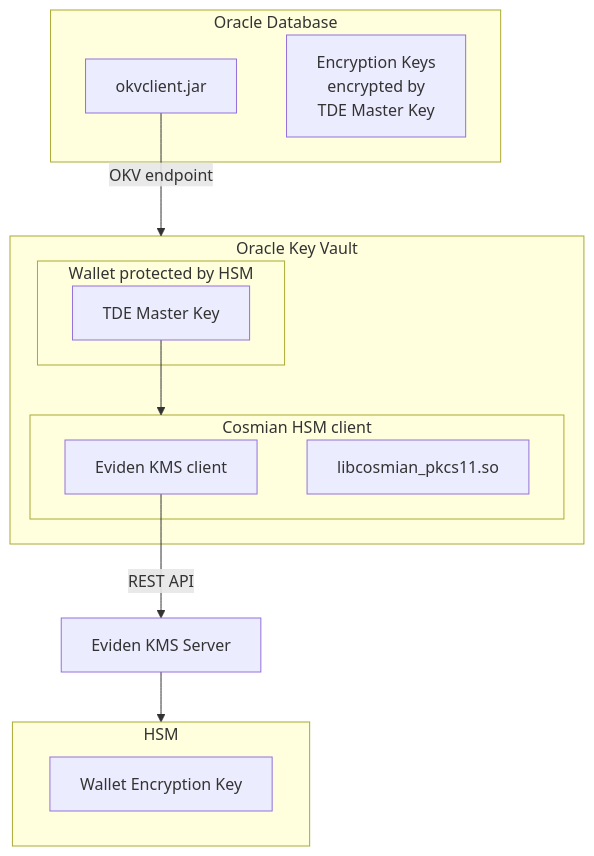
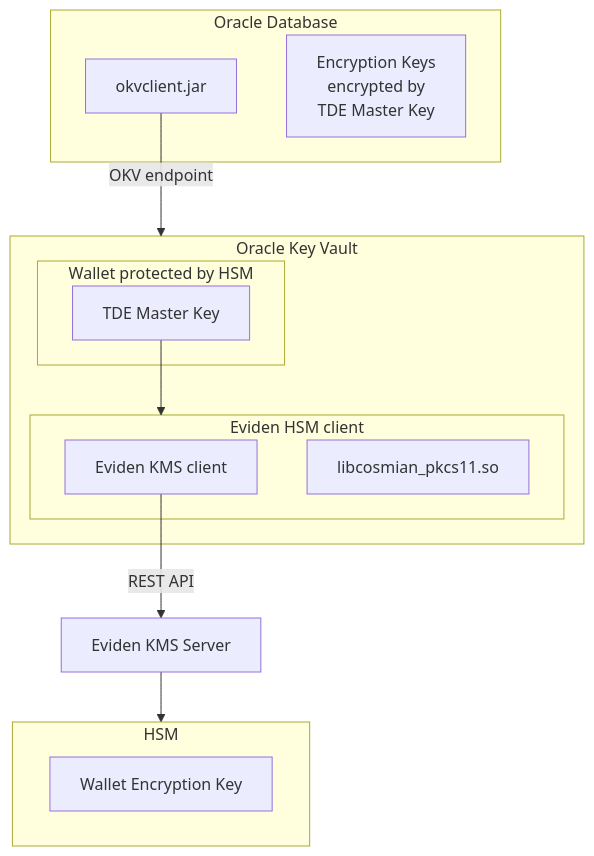
The first of 2 diagrams in documentation/docs/integrations/databases/oracle_tde.md (Cosmian/kms), drawn with Mermaid before and after one commit. The commit also changed other lines of this file and 135 other files, not shown here.

````diff
--- a/documentation/docs/integrations/databases/oracle_tde.md
+++ b/documentation/docs/integrations/databases/oracle_tde.md
@@ -28,25 +28,25 @@
 ```mermaid
 graph TD
     subgraph oracle_db[Oracle Database]
         okvclient[okvclient.jar]
         dek[Encryption Keys
         encrypted by
         TDE Master Key]
     end
     okvclient -- OKV endpoint --> OKV
     subgraph OKV[Oracle Key Vault]
-        subgraph hsm_client[Cosmian HSM client]
+        subgraph hsm_client[Eviden HSM client]
             kms_client[Eviden KMS client]
             pkcs11_lib[libcosmian_pkcs11.so]
         end
         subgraph wallet[Wallet protected by HSM]
             tde[TDE Master Key]
         end
         tde --> hsm_client
     end
     kms_client -- REST API --> KMS[Eviden KMS Server]
     KMS --> HSM
     subgraph HSM[HSM]
         kek[Wallet Encryption Key]
     end
 ```
````
